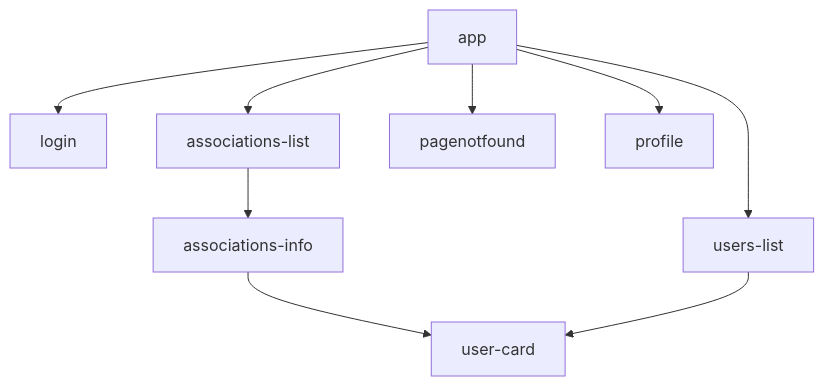
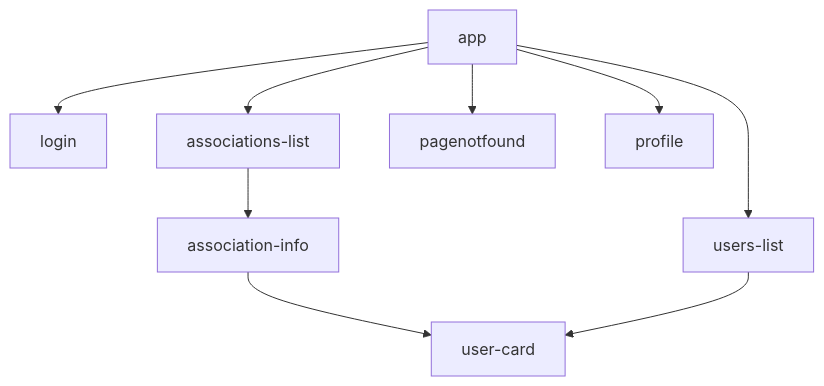
One commit to CodyAdam/my-admin-panel changed the diagram in doc/front-end.md. Above: the diagram before and after it, drawn with Mermaid.

Commit message:
FIX cody's typo

````diff
--- a/doc/front-end.md
+++ b/doc/front-end.md
@@ -2,12 +2,12 @@
 ```mermaid
 flowchart TD
     app --> login
     app --> associations-list
     app --> users-list
     app --> pagenotfound
     app --> profile
     
-    associations-info --> user-card
-    associations-list --> associations-info
+    association-info --> user-card
+    associations-list --> association-info
     users-list --> user-card
 ```
````
